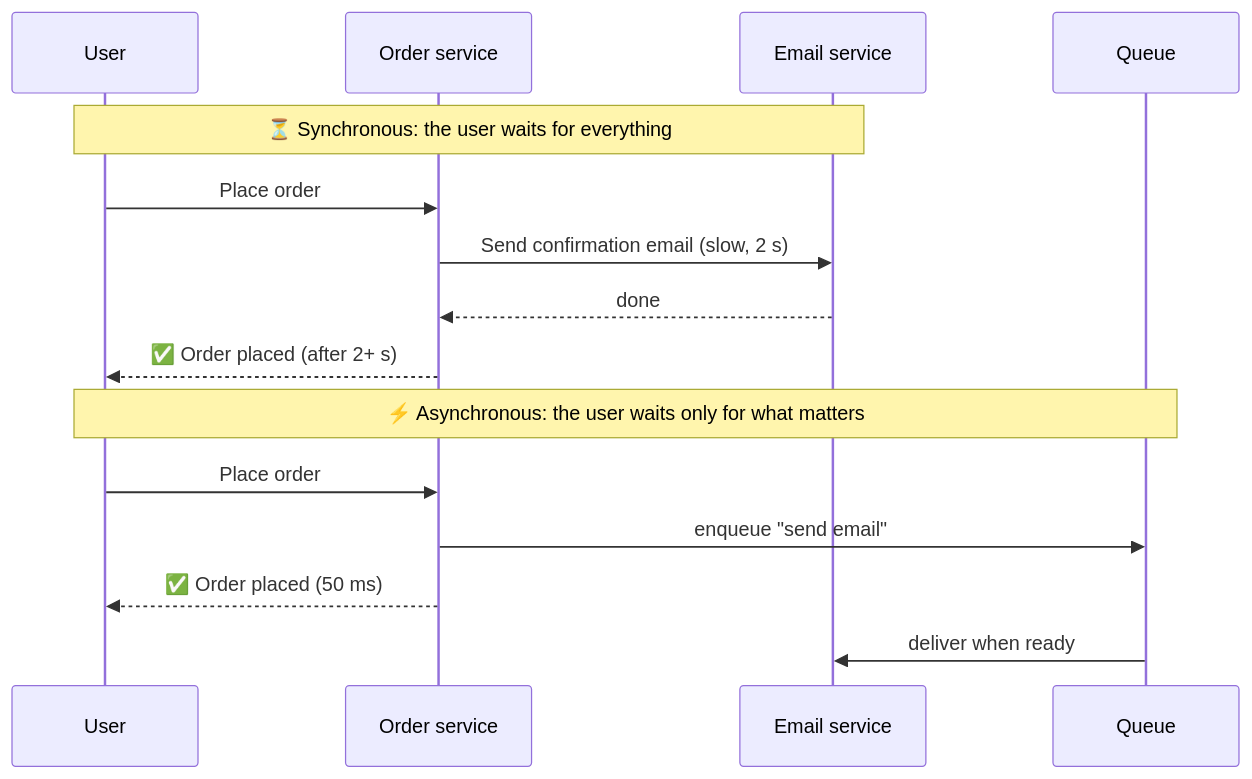
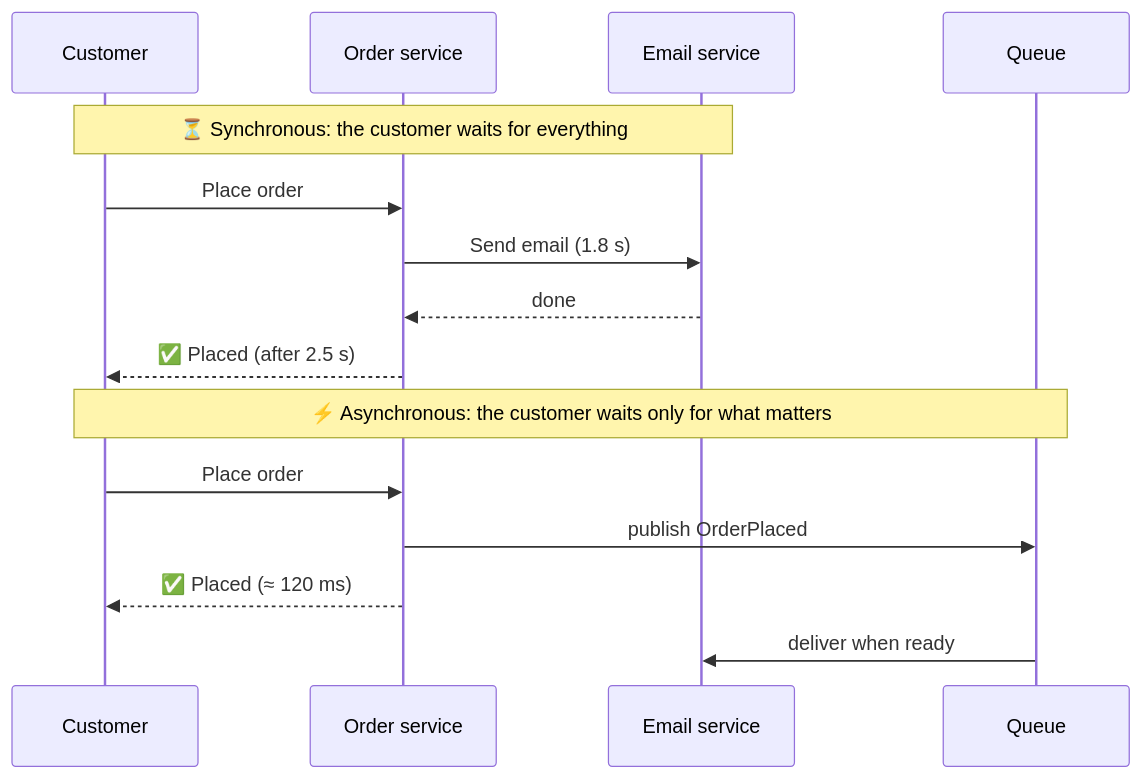
Before and after one commit to winnyboy5/System-Design-from-Atoms: the diagram in phases/07-async-messaging/056-sync-vs-async.md, drawn with Mermaid. The commit also changed other lines of this file and 6 other files, not shown here.

````diff
--- a/phases/07-async-messaging/056-sync-vs-async.md
+++ b/phases/07-async-messaging/056-sync-vs-async.md
@@ -26,17 +42,17 @@
 ```mermaid
 sequenceDiagram
-    participant U as User
+    participant U as Customer
     participant O as Order service
     participant E as Email service
     participant Q as Queue
-    Note over U,E: ⏳ Synchronous: the user waits for everything
+    Note over U,E: ⏳ Synchronous: the customer waits for everything
     U->>O: Place order
-    O->>E: Send confirmation email (slow, 2 s)
+    O->>E: Send email (1.8 s)
     E-->>O: done
-    O-->>U: ✅ Order placed (after 2+ s)
-    Note over U,Q: ⚡ Asynchronous: the user waits only for what matters
+    O-->>U: ✅ Placed (after 2.5 s)
+    Note over U,Q: ⚡ Asynchronous: the customer waits only for what matters
     U->>O: Place order
-    O->>Q: enqueue "send email"
-    O-->>U: ✅ Order placed (50 ms)
+    O->>Q: publish OrderPlaced
+    O-->>U: ✅ Placed (≈ 120 ms)
     Q->>E: deliver when ready
 ```
````
